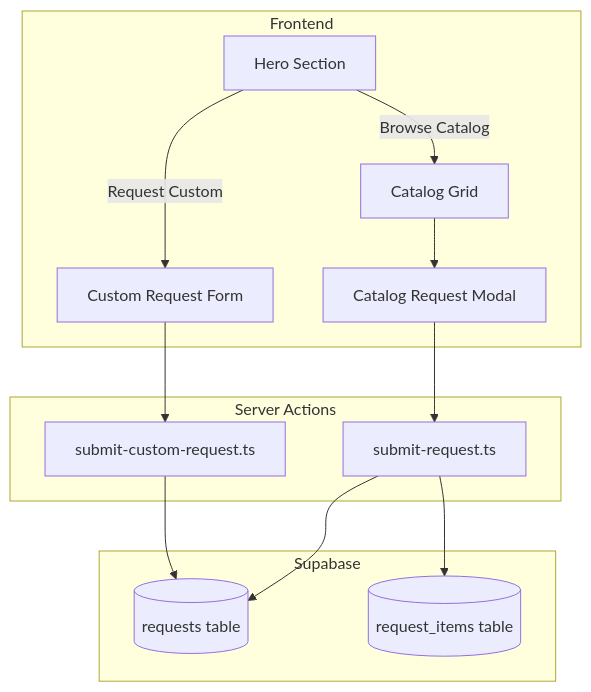
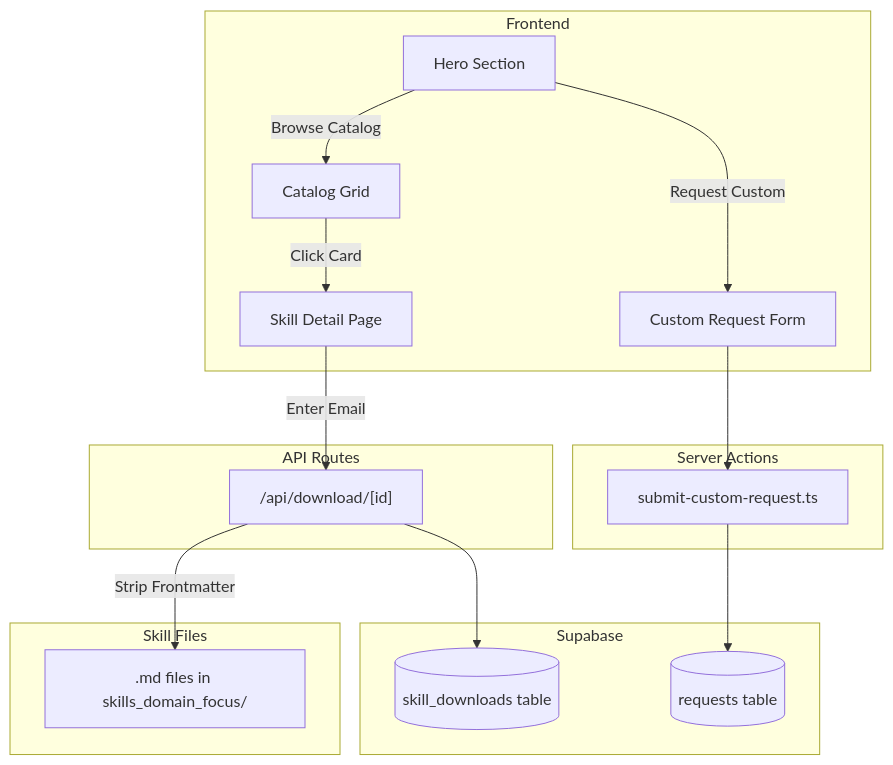
The diagram in ARCHITECTURE.md (WwBerings/skills-marketplace), drawn with Mermaid before and after one commit. The commit also changed other lines of this file and 45 other files, not shown here.

````diff
--- a/ARCHITECTURE.md
+++ b/ARCHITECTURE.md
@@ -7,28 +7,35 @@
 ```mermaid
 flowchart TB
     subgraph frontend [Frontend]
         Hero[Hero Section]
         Catalog[Catalog Grid]
+        SkillPage[Skill Detail Page]
         CustomForm[Custom Request Form]
-        CatalogModal[Catalog Request Modal]
+    end
+
+    subgraph api [API Routes]
+        DownloadAPI["/api/download/[id]"]
     end
 
     subgraph actions [Server Actions]
-        SubmitCatalog[submit-request.ts]
         SubmitCustom[submit-custom-request.ts]
     end
 
     subgraph database [Supabase]
+        Downloads[(skill_downloads table)]
         Requests[(requests table)]
-        RequestItems[(request_items table)]
+    end
+
+    subgraph files [Skill Files]
+        SkillMD[".md files in skills_domain_focus/"]
     end
 
     Hero -->|"Browse Catalog"| Catalog
     Hero -->|"Request Custom"| CustomForm
-    Catalog --> CatalogModal
-    CatalogModal --> SubmitCatalog
+    Catalog -->|"Click Card"| SkillPage
+    SkillPage -->|"Enter Email"| DownloadAPI
+    DownloadAPI --> Downloads
+    DownloadAPI -->|"Strip Frontmatter"| SkillMD
     CustomForm --> SubmitCustom
-    SubmitCatalog --> Requests
-    SubmitCatalog --> RequestItems
     SubmitCustom --> Requests
 ```
````
